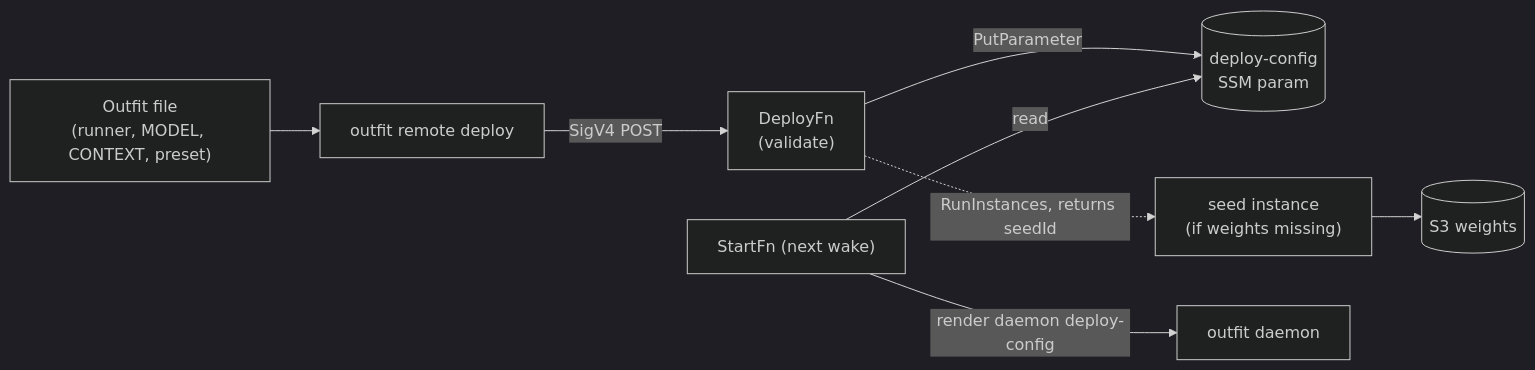
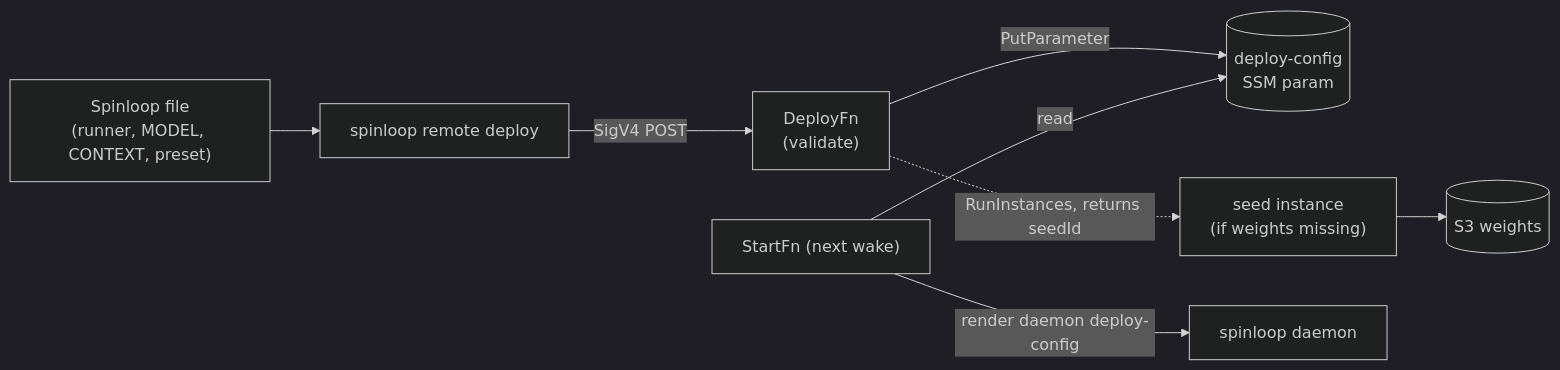
Before and after one commit to spinloop-ai/spinloop: the second of 5 diagrams in remote/docs/architecture.md, drawn with Mermaid (dark theme). The commit also changed other lines of this file and 649 other files, not shown here.

````diff
--- a/remote/docs/architecture.md
+++ b/remote/docs/architecture.md
@@ -86,15 +86,15 @@
 ```mermaid
 flowchart LR
-  outfitfile["Outfit file<br/>(runner, MODEL, CONTEXT, preset)"]
-  outfit["outfit remote deploy"]
+  spinloopfile["Spinloop file<br/>(runner, MODEL, CONTEXT, preset)"]
+  spinloop["spinloop remote deploy"]
   deploy["DeployFn<br/>(validate)"]
   param[("deploy-config<br/>SSM param")]
   seed["seed instance<br/>(if weights missing)"]
   start["StartFn (next wake)"]
 
-  outfitfile --> outfit -->|SigV4 POST| deploy
+  spinloopfile --> spinloop -->|SigV4 POST| deploy
   deploy -->|PutParameter| param
   deploy -.->|RunInstances, returns seedId| seed --> s3[("S3 weights")]
   start -->|read| param
-  start -->|render daemon deploy-config| unit["outfit daemon"]
+  start -->|render daemon deploy-config| unit["spinloop daemon"]
 ```
````
